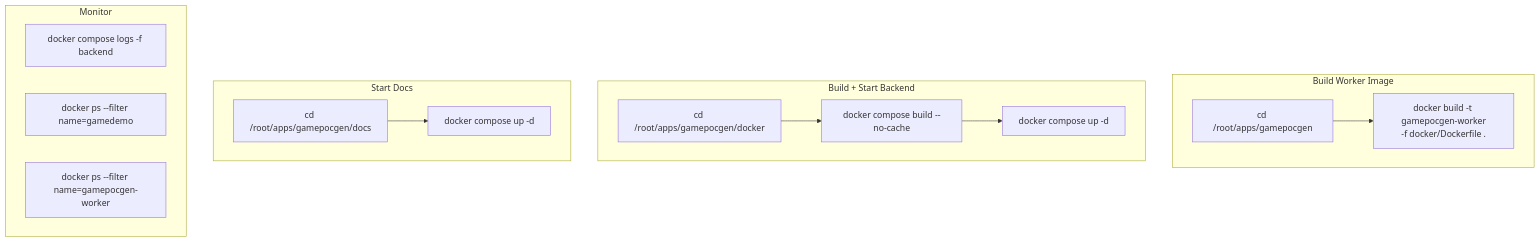
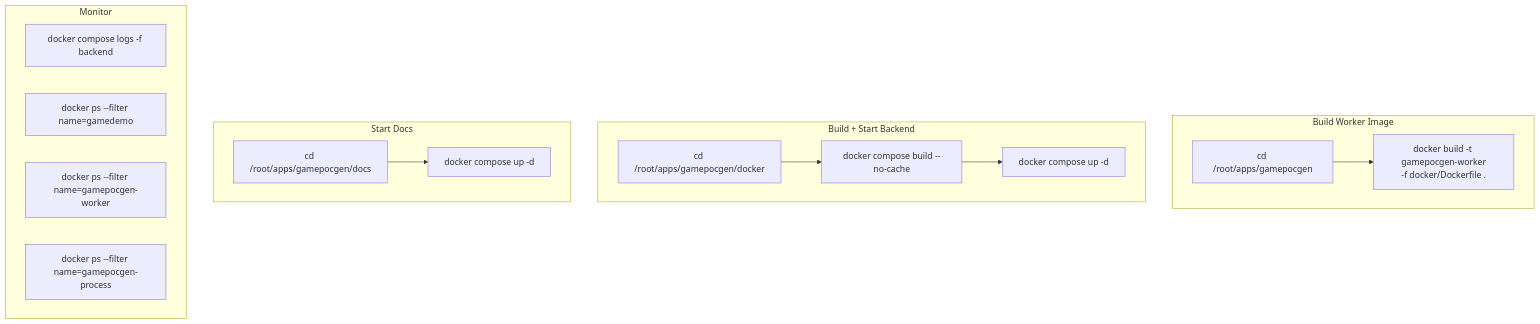
One commit to J-Gierend/gamePocGen changed the fifth of 5 diagrams in AI/document/07-deployment.md. Above: the diagram before and after it, drawn with Mermaid. The commit also changed other lines of this file and 5 other files, not shown here.

````diff
--- a/AI/document/07-deployment.md
+++ b/AI/document/07-deployment.md
@@ -101,20 +102,21 @@
 ```mermaid
 flowchart TD
     subgraph "Build Worker Image"
         BW1["cd /root/apps/gamepocgen"] --> BW2["docker build -t gamepocgen-worker\n-f docker/Dockerfile ."]
     end
 
     subgraph "Build + Start Backend"
         BB1["cd /root/apps/gamepocgen/docker"] --> BB2["docker compose build --no-cache"] --> BB3["docker compose up -d"]
     end
 
     subgraph "Start Docs"
         BD1["cd /root/apps/gamepocgen/docs"] --> BD2["docker compose up -d"]
     end
 
     subgraph "Monitor"
         M1["docker compose logs -f backend"]
         M2["docker ps --filter name=gamedemo"]
         M3["docker ps --filter name=gamepocgen-worker"]
+        M4["docker ps --filter name=gamepocgen-process"]
     end
 ```
````
